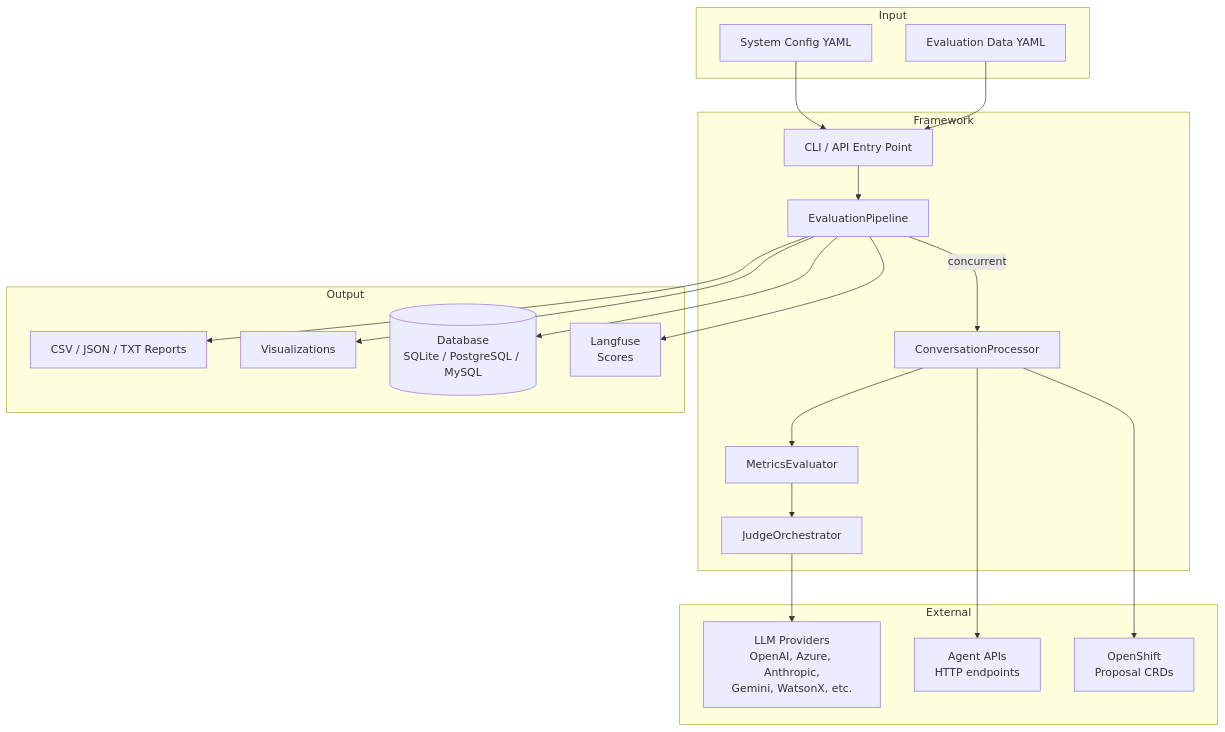
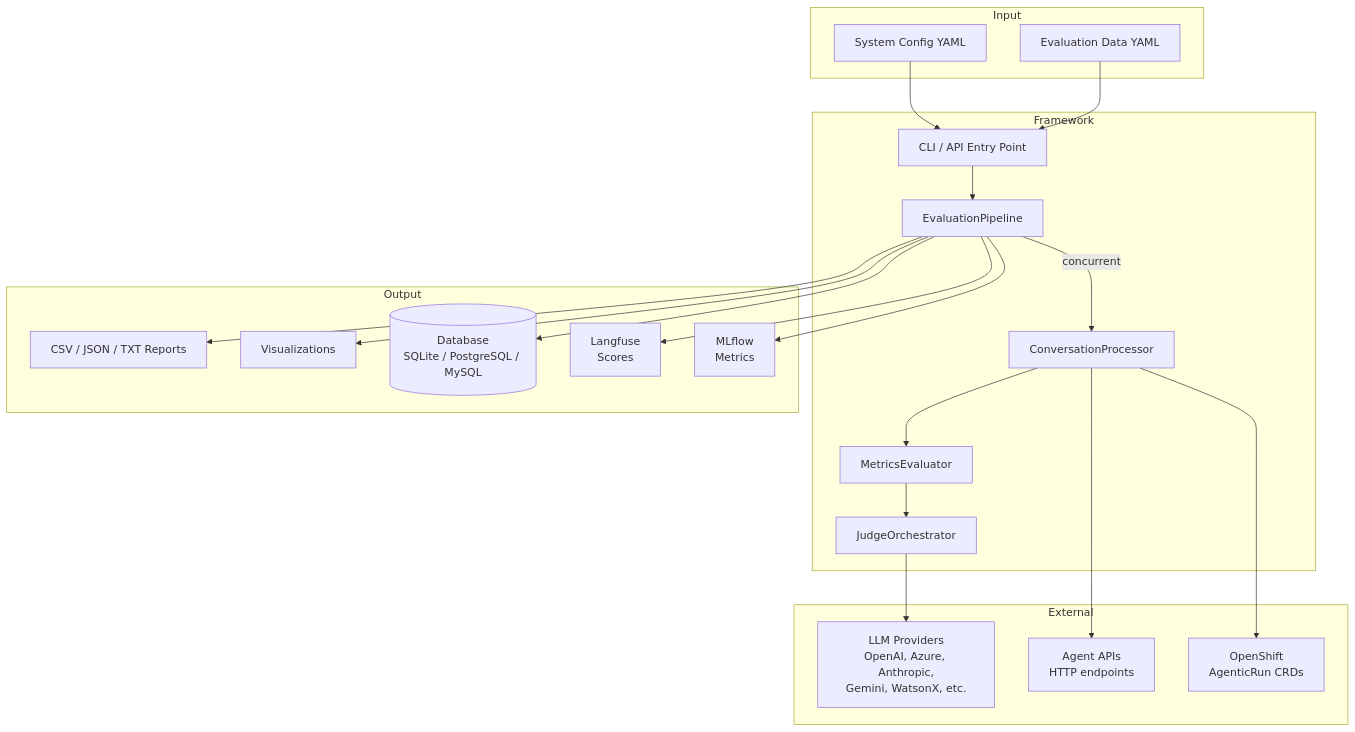
Before and after one commit to lightspeed-core/lightspeed-evaluation: the first of 8 diagrams in ARCHITECTURE.md, drawn with Mermaid. The commit also changed other lines of this file and 7 other files, not shown here.

````diff
--- a/ARCHITECTURE.md
+++ b/ARCHITECTURE.md
@@ -9,42 +9,44 @@
 ```mermaid
 graph TD
     subgraph Input
         SC[System Config YAML]
         ED[Evaluation Data YAML]
     end
 
     subgraph Framework
         CLI[CLI / API Entry Point]
         Pipeline[EvaluationPipeline]
         Processor[ConversationProcessor]
         Evaluator[MetricsEvaluator]
         Judges[JudgeOrchestrator]
     end
 
     subgraph External
         LLM[LLM Providers<br/>OpenAI, Azure, Anthropic,<br/>Gemini, WatsonX, etc.]
         Agent[Agent APIs<br/>HTTP endpoints]
-        K8s[OpenShift<br/>Proposal CRDs]
+        K8s[OpenShift<br/>AgenticRun CRDs]
     end
 
     subgraph Output
         Reports[CSV / JSON / TXT Reports]
         Graphs[Visualizations]
         DB[(Database<br/>SQLite / PostgreSQL / MySQL)]
         LF[Langfuse<br/>Scores]
+        ML[MLflow<br/>Metrics]
     end
 
     SC --> CLI
     ED --> CLI
     CLI --> Pipeline
     Pipeline -->|concurrent| Processor
     Processor --> Evaluator
     Evaluator --> Judges
     Judges --> LLM
     Processor --> Agent
     Processor --> K8s
     Pipeline --> Reports
     Pipeline --> Graphs
     Pipeline --> DB
     Pipeline --> LF
+    Pipeline --> ML
 ```
````
